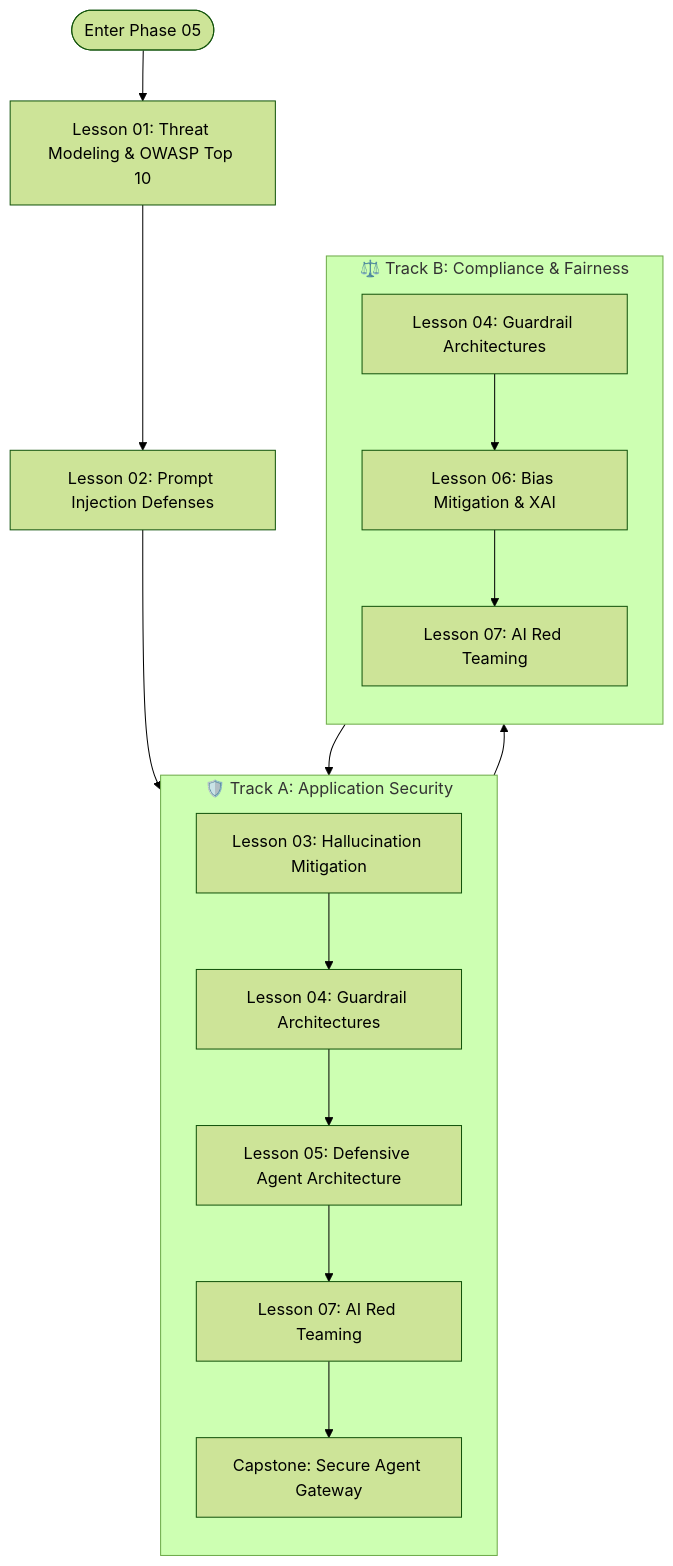
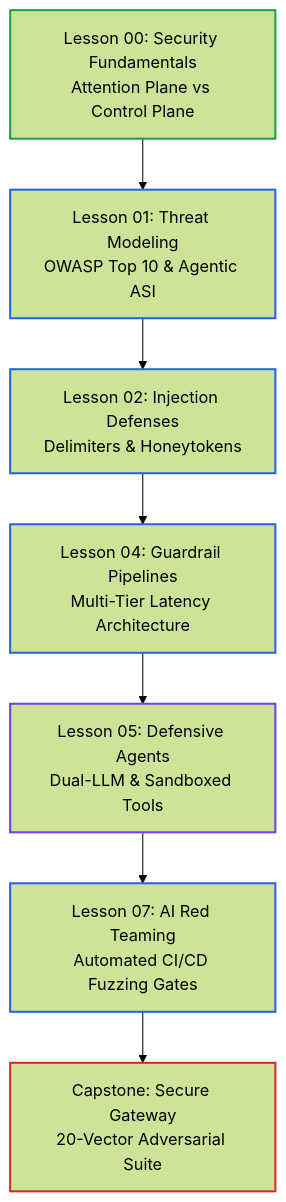
Before and after one commit to dip4k/senior-engineer-to-ai-engineer-roadmap: the first of 2 diagrams in 05-ai-security-and-guardrails/README.md, drawn with Mermaid (forest theme). The commit also changed other lines of this file and 11 other files, not shown here.

First line of the commit message:
refactor(phase-05): AI security, guardrails, and trust architecture

````diff
--- a/05-ai-security-and-guardrails/README.md
+++ b/05-ai-security-and-guardrails/README.md
@@ -26,22 +30,17 @@
 ```mermaid
 flowchart TD
-    Start(["Enter Phase 05"]) --> L1["Lesson 01: Threat Modeling & OWASP Top 10"]
-    L1 --> L2["Lesson 02: Prompt Injection Defenses"]
-    L2 --> L3["Lesson 03: Hallucination Mitigation"]
-    
-    subgraph TrackA["🛡️ Track A: Application Security"]
-        direction TB
-        L3 --> L4["Lesson 04: Guardrail Architectures"]
-        L4 --> L5["Lesson 05: Defensive Agent Architecture"]
-        L5 --> L7["Lesson 07: AI Red Teaming"]
-        L7 --> Capstone["Capstone: Secure Agent Gateway"]
-    end
-    
-    subgraph TrackB["⚖️ Track B: Compliance & Fairness"]
-        direction TB
-        L3 --> L4_B["Lesson 04: Guardrail Architectures"]
-        L4_B --> L6["Lesson 06: Bias Mitigation & XAI"]
-        L6 --> L7_B["Lesson 07: AI Red Teaming"]
-        L7_B --> Capstone
-    end
+    L00["Lesson 00: Security Fundamentals<br/>Attention Plane vs Control Plane"] --> L01["Lesson 01: Threat Modeling<br/>OWASP Top 10 & Agentic ASI"]
+    L01 --> L02["Lesson 02: Injection Defenses<br/>Delimiters & Honeytokens"]
+    L02 --> L04["Lesson 04: Guardrail Pipelines<br/>Multi-Tier Latency Architecture"]
+    L04 --> L05["Lesson 05: Defensive Agents<br/>Dual-LLM & Sandboxed Tools"]
+    L05 --> L07["Lesson 07: AI Red Teaming<br/>Automated CI/CD Fuzzing Gates"]
+    L07 --> Capstone["Capstone: Secure Gateway<br/>20-Vector Adversarial Suite"]
+
+    style L00 stroke:#16a34a,stroke-width:2px
+    style L01 stroke:#2563eb,stroke-width:2px
+    style L02 stroke:#2563eb,stroke-width:2px
+    style L04 stroke:#2563eb,stroke-width:2px
+    style L05 stroke:#7c3aed,stroke-width:2px
+    style L07 stroke:#2563eb,stroke-width:2px
+    style Capstone stroke:#dc2626,stroke-width:2px
 ```
````
